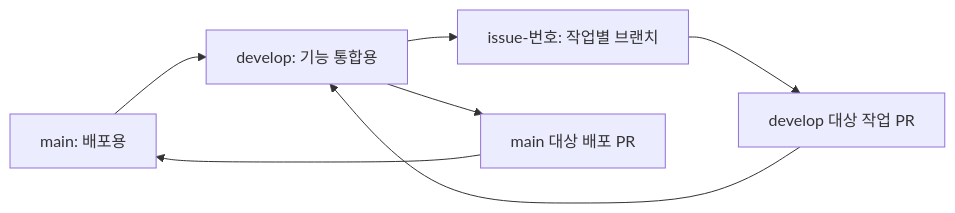
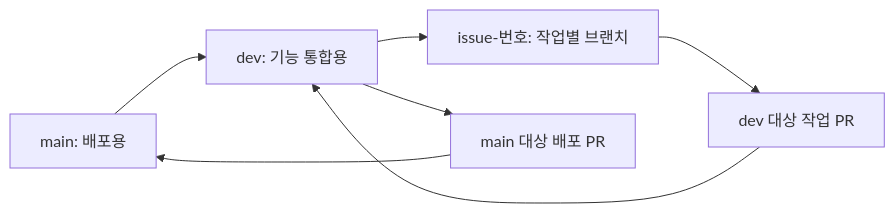
One commit to Bin-925/job-application-tracker changed the diagram in CONTRIBUTING.md. Above: the diagram before and after it, drawn with Mermaid. The commit also changed other lines of this file and 2 other files, not shown here.

````diff
--- a/CONTRIBUTING.md
+++ b/CONTRIBUTING.md
@@ -7,9 +7,9 @@
 ```mermaid
 flowchart LR
-    A[main: 배포용] --> B[develop: 기능 통합용]
+    A[main: 배포용] --> B[dev: 기능 통합용]
     B --> C[issue-번호: 작업별 브랜치]
-    C --> D[develop 대상 작업 PR]
+    C --> D[dev 대상 작업 PR]
     D --> B
     B --> E[main 대상 배포 PR]
     E --> A
 ```
````
